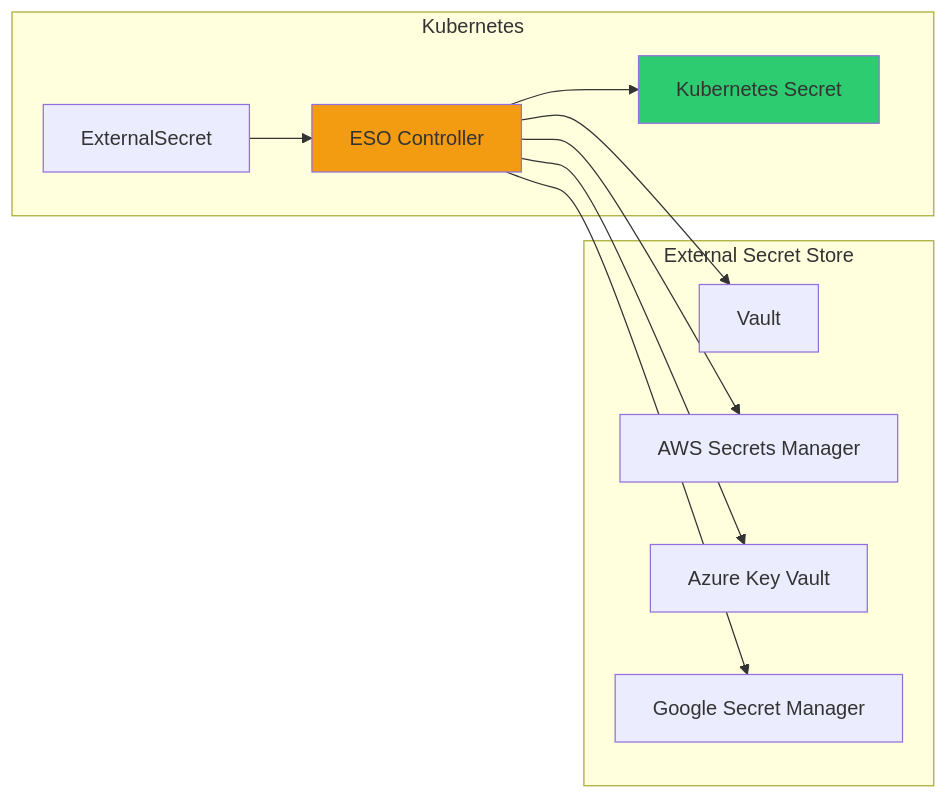
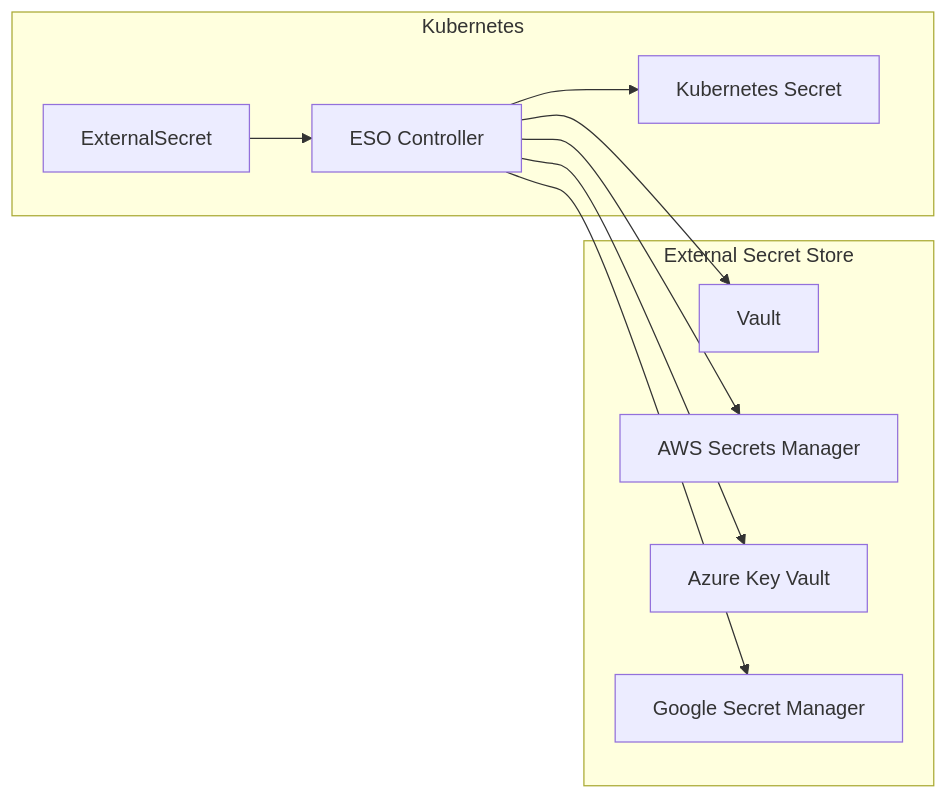
Before and after one commit to juwon8891/juwon8891.github.io: diagram 11 of 12 in docs/cicd/week6-argocd-final.md, drawn with Mermaid. The commit also changed other lines of this file and 18 other files, not shown here.

Commit message:
Remove bright colors from Mermaid diagrams for dark mode compatibility

````diff
--- a/docs/cicd/week6-argocd-final.md
+++ b/docs/cicd/week6-argocd-final.md
@@ -1532,25 +1510,23 @@
 ```mermaid
 graph LR
     subgraph "External Secret Store"
         V[Vault]
         A[AWS Secrets Manager]
         AZ[Azure Key Vault]
         G[Google Secret Manager]
     end
 
     subgraph "Kubernetes"
         ES[ExternalSecret]
         ESO[ESO Controller]
         KS[Kubernetes Secret]
     end
 
     ES --> ESO
     ESO --> V
     ESO --> A
     ESO --> AZ
     ESO --> G
     ESO --> KS
 
-    style ESO fill:#F39C12
-    style KS fill:#2ECC71
 ```
````
